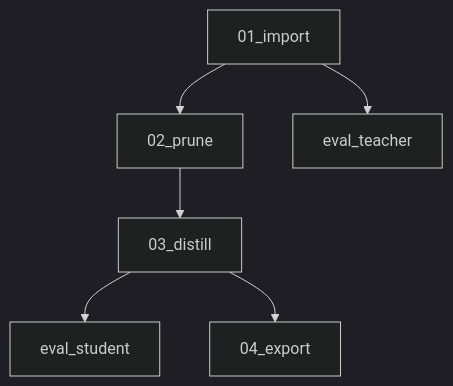
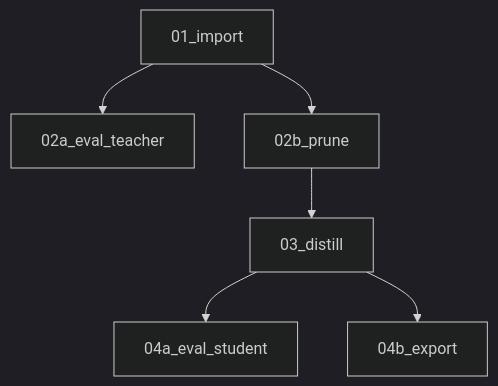
One commit to NVIDIA/TensorRT-Model-Optimizer changed the diagram in examples/nemo_run/prune_distill/README.md. Above: the diagram before and after it, drawn with Mermaid (dark theme). The commit also changed other lines of this file and 1 other file, not shown here.

````diff
--- a/examples/nemo_run/prune_distill/README.md
+++ b/examples/nemo_run/prune_distill/README.md
@@ -24,8 +24,8 @@
 ```mermaid
 graph TD;
-01_import-->02_prune;
-01_import-->eval_teacher;
-02_prune-->03_distill;
-03_distill-->eval_student;
-03_distill-->04_export;
+01_import-->02a_eval_teacher;
+01_import-->02b_prune;
+02b_prune-->03_distill;
+03_distill-->04a_eval_student;
+03_distill-->04b_export;
 ```
````
